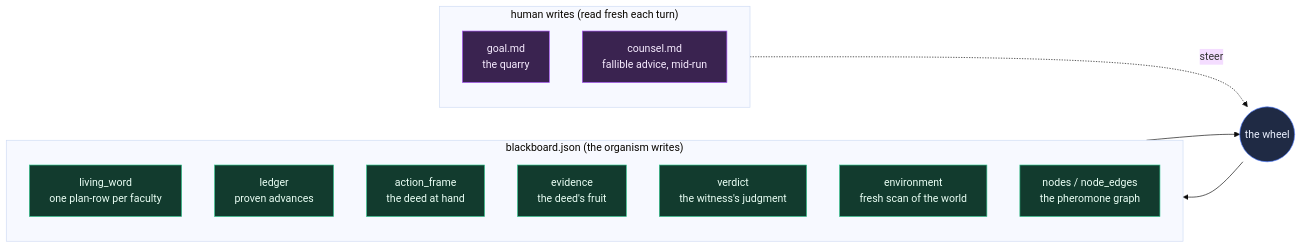
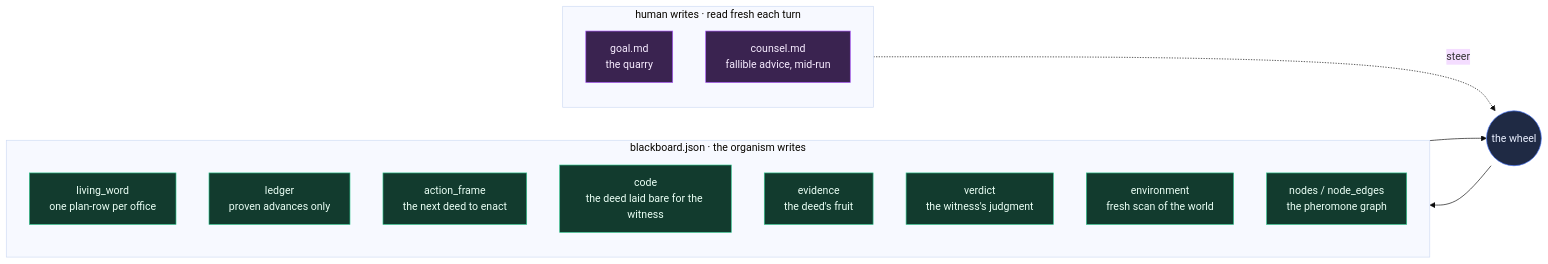
The seventh of 11 diagrams in README.md (wgabrys88/endgame-ai), drawn with Mermaid (base theme) before and after one commit. The commit also changed other lines of this file, not shown here.

````diff
--- a/README.md
+++ b/README.md
@@ -162,26 +240,27 @@
 ```mermaid
 flowchart LR
-    subgraph HUMAN["human writes (read fresh each turn)"]
+    subgraph HUMAN["human writes · read fresh each turn"]
       GOAL["goal.md<br/>the quarry"]
       COUNSEL["counsel.md<br/>fallible advice, mid-run"]
     end
-    subgraph MACHINE["blackboard.json (the organism writes)"]
-      LW["living_word<br/>one plan-row per faculty"]
-      LED["ledger<br/>proven advances"]
-      AF["action_frame<br/>the deed at hand"]
+    subgraph MACHINE["blackboard.json · the organism writes"]
+      LW["living_word<br/>one plan-row per office"]
+      LED["ledger<br/>proven advances only"]
+      AF["action_frame<br/>the next deed to enact"]
+      CD["code<br/>the deed laid bare for the witness"]
       EV["evidence<br/>the deed's fruit"]
       VD["verdict<br/>the witness's judgment"]
       ENV["environment<br/>fresh scan of the world"]
       NODES["nodes / node_edges<br/>the pheromone graph"]
     end
     HUMAN -.steer.-> WHEEL((the wheel))
     WHEEL --> MACHINE
     MACHINE --> WHEEL
 
     classDef h fill:#3a2350,stroke:#a855f7,color:#f7ecff;
     classDef m fill:#123b2e,stroke:#31c48d,color:#eafff5;
     classDef w fill:#1f2a44,stroke:#4f7cff,color:#eaf0ff;
     class GOAL,COUNSEL h;
-    class LW,LED,AF,EV,VD,ENV,NODES m;
+    class LW,LED,AF,CD,EV,VD,ENV,NODES m;
     class WHEEL w;
 ```
````
